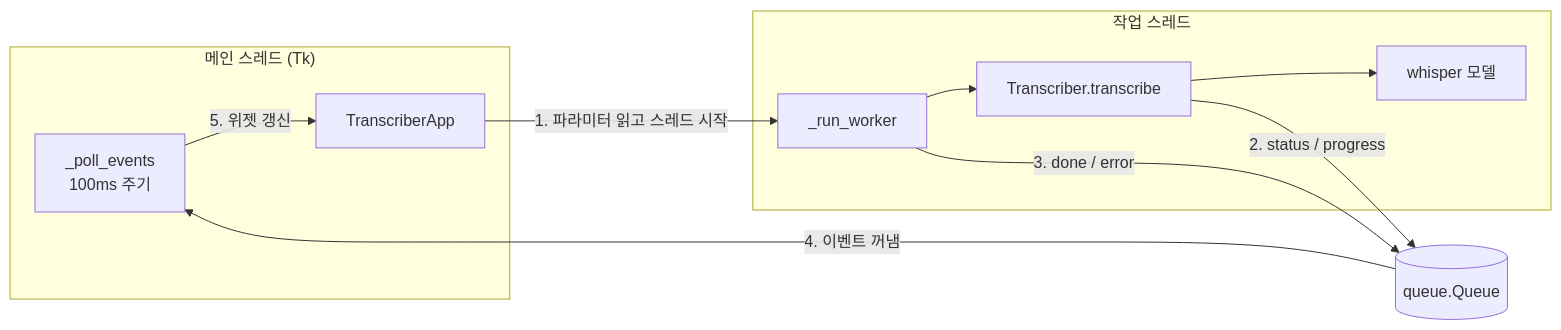
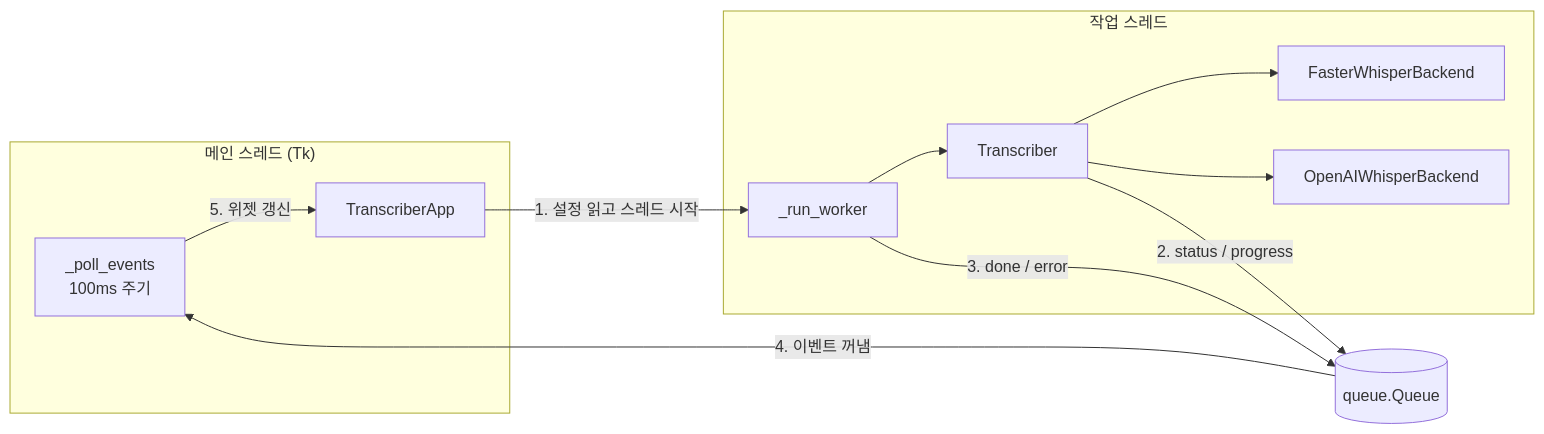
The diagram in README.md (jihoonkimtech/BADA-Write), drawn with Mermaid before and after one commit. The commit also changed other lines of this file and 10 other files, not shown here.

Commit message:
Update: faster-whisper compatible

````diff
--- a/README.md
+++ b/README.md
@@ -154,14 +202,15 @@
 ```mermaid
 flowchart LR
     subgraph Main["메인 스레드 (Tk)"]
         Poll[_poll_events<br/>100ms 주기] -->|5. 위젯 갱신| UI[TranscriberApp]
     end
     subgraph Worker["작업 스레드"]
-        Run[_run_worker] --> Eng[Transcriber.transcribe]
-        Eng --> W[whisper 모델]
+        Run[_run_worker] --> Eng[Transcriber]
+        Eng --> FW[FasterWhisperBackend]
+        Eng --> OW[OpenAIWhisperBackend]
     end
-    UI -->|1. 파라미터 읽고 스레드 시작| Run
+    UI -->|1. 설정 읽고 스레드 시작| Run
     Eng -->|2. status / progress| Q[(queue.Queue)]
     Run -->|3. done / error| Q
     Q -->|4. 이벤트 꺼냄| Poll
 ```
````
